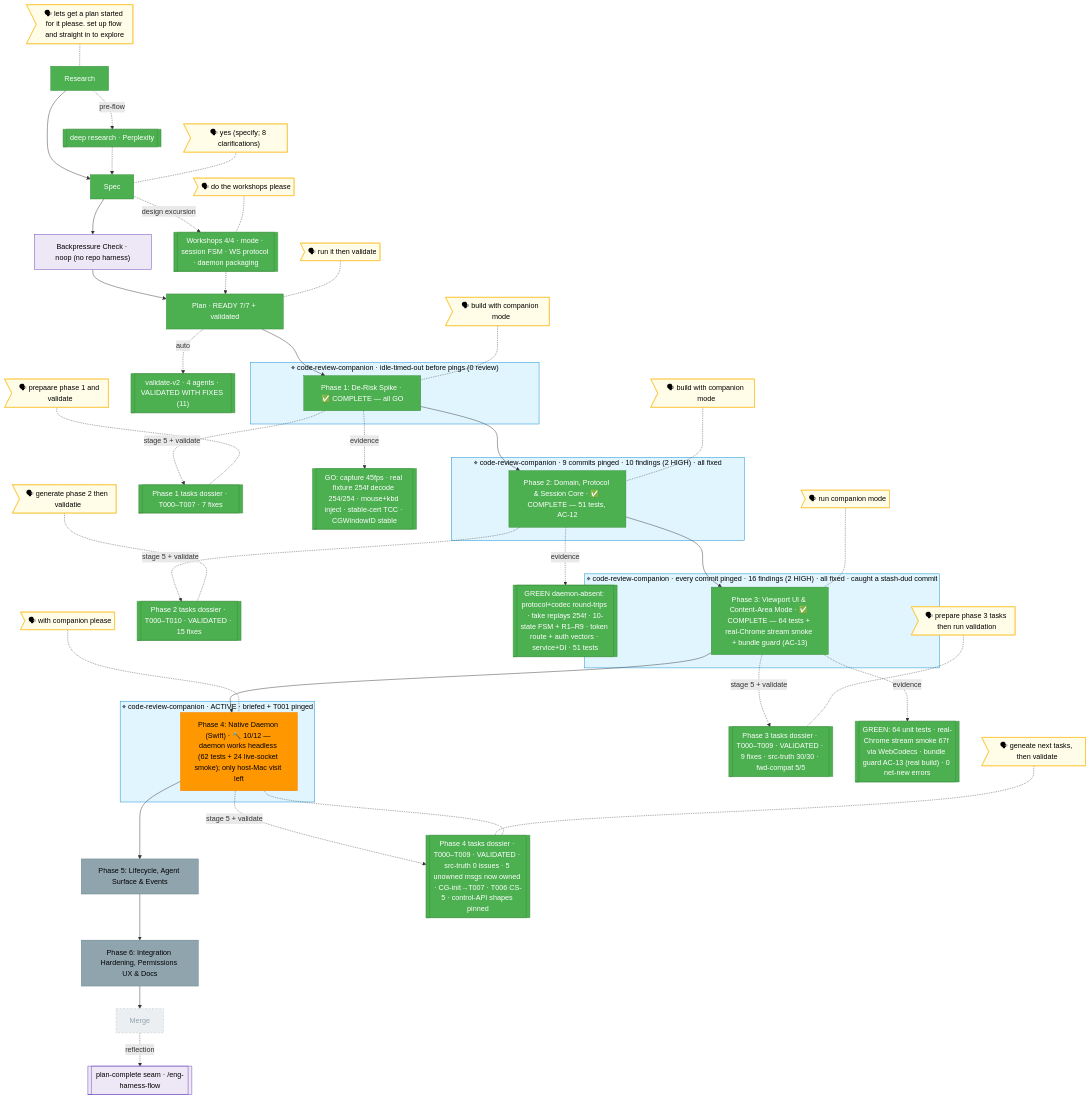
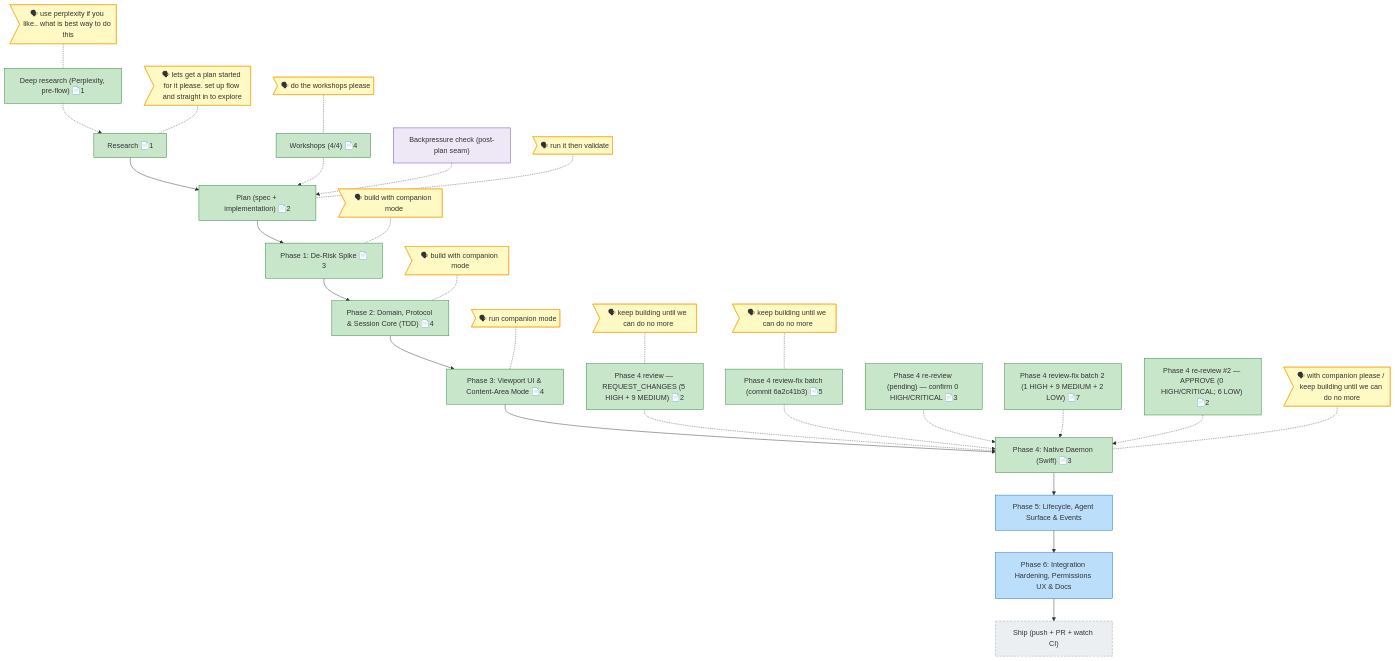
One commit to AI-Substrate/chainglass changed the diagram in docs/plans/088-remote-app-view/the-flow.md. Above: the diagram before and after it, drawn with Mermaid. The commit also changed other lines of this file and 9 other files, not shown here.

First line of the commit message:
docs(remote-view): Phase 4 re-review #2 APPROVE — fix-loop closed, flight plan → Phase 5 (Plan 088)

````diff
--- a/docs/plans/088-remote-app-view/the-flow.md
+++ b/docs/plans/088-remote-app-view/the-flow.md
@@ -7,75 +8,72 @@
 ```mermaid
 flowchart TD
-    classDef done    fill:#4CAF50,stroke:#388E3C,color:#fff
-    classDef wip     fill:#FF9800,stroke:#F57C00,color:#000
-    classDef blocked fill:#F44336,stroke:#D32F2F,color:#fff
-    classDef known   fill:#90A4AE,stroke:#607D8B,color:#000
-    classDef assumed fill:#ECEFF1,stroke:#B0BEC5,color:#90A4AE,stroke-dasharray:4 4
-    classDef said    fill:#FFFDE7,stroke:#FBC02D,color:#000
-    classDef harness fill:#EDE7F6,stroke:#673AB7,color:#000
-    classDef companion fill:#E1F5FE,stroke:#0288D1,color:#000
+    ship["Ship (push + PR + watch CI)"]:::assumed
+    ph6["Phase 6: Integration Hardening, Permissions UX & Docs"]:::known
+    ph5["Phase 5: Lifecycle, Agent Surface & Events"]:::known
+    ph4["Phase 4: Native Daemon (Swift) 📄3"]:::done
+    ph3["Phase 3: Viewport UI & Content-Area Mode 📄4"]:::done
+    ph2["Phase 2: Domain, Protocol & Session Core (TDD) 📄4"]:::done
+    ph1["Phase 1: De-Risk Spike 📄3"]:::done
+    plan["Plan (spec + implementation) 📄2"]:::done
+    research["Research 📄1"]:::done
 
-    %% ── spine ──
-    R[Research]:::done --> S[Spec]:::done --> BP["Backpressure Check · noop (no repo harness)"]:::harness --> PL["Plan · READY 7/7 + validated"]:::done
-    PL --> P1["Phase 1: De-Risk Spike · ✅ COMPLETE — all GO"]:::done --> P2["Phase 2: Domain, Protocol & Session Core · ✅ COMPLETE — 51 tests, AC-12"]:::done --> P3["Phase 3: Viewport UI & Content-Area Mode · ✅ COMPLETE — 64 tests + real-Chrome stream smoke + bundle guard (AC-13)"]:::done --> P4["Phase 4: Native Daemon (Swift) · 🔨 10/12 — daemon works headless (62 tests + 24 live-socket smoke); only host-Mac visit left"]:::wip --> P5["Phase 5: Lifecycle, Agent Surface & Events"]:::known --> P6["Phase 6: Integration Hardening, Permissions UX & Docs"]:::known --> M[Merge]:::assumed
+    ph6 --> ship
+    ph5 --> ph6
+    ph4 --> ph5
+    ph3 --> ph4
+    ph2 --> ph3
+    ph1 --> ph2
+    plan --> ph1
+    research --> plan
 
-    %% ── companions (each wrapped the phase it was meant to review) ──
-    subgraph CW["⌖ code-review-companion · idle-timed-out before pings (0 review)"]
-        P1
-    end
-    class CW companion
-    subgraph CW2["⌖ code-review-companion · 9 commits pinged · 10 findings (2 HIGH) · all fixed"]
-        P2
-    end
-    class CW2 companion
+    dr["Deep research (Perplexity, pre-flow) 📄1"]:::done
+    ws["Workshops (4/4) 📄4"]:::done
+    bp["Backpressure check (post-plan seam)"]:::harness
+    rv4["Phase 4 review — REQUEST_CHANGES (5 HIGH + 9 MEDIUM) 📄2"]:::done
+    fx4["Phase 4 review-fix batch (commit 6a2c41b3) 📄5"]:::done
+    rv4b["Phase 4 re-review (pending) — confirm 0 HIGH/CRITICAL 📄3"]:::done
+    fx4b["Phase 4 review-fix batch 2 (1 HIGH + 9 MEDIUM + 2 LOW) 📄7"]:::done
+    rv4c["Phase 4 re-review #35;2 — APPROVE (0 HIGH/CRITICAL; 6 LOW) 📄2"]:::done
+    dr -.-> research
+    ws -.-> plan
+    bp -.-> plan
+    rv4 -.-> ph4
+    fx4 -.-> ph4
+    rv4b -.-> ph4
+    fx4b -.-> ph4
+    rv4c -.-> ph4
 
-    %% ── excursions ──
-    R -.->|pre-flow| DR[["deep research · Perplexity"]]:::done
-    DR -.-> S
-    S -.->|design excursion| WS[["Workshops 4/4 · mode · session FSM · WS protocol · daemon packaging"]]:::done
-    WS -.-> PL
-    PL -.->|auto| V[["validate-v2 · 4 agents · VALIDATED WITH FIXES (11)"]]:::done
-    P1 -.->|stage 5 + validate| T1[["Phase 1 tasks dossier · T000–T007 · 7 fixes"]]:::done
-    P1 -.->|evidence| EV[["GO: capture 45fps · real fixture 254f decode 254/254 · mouse+kbd inject · stable-cert TCC · CGWindowID stable"]]:::done
-    P2 -.->|stage 5 + validate| T2[["Phase 2 tasks dossier · T000–T010 · VALIDATED · 15 fixes"]]:::done
-    P2 -.->|evidence| EV2[["GREEN daemon-absent: protocol+codec round-trips · fake replays 254f · 10-state FSM + R1–R9 · token route + auth vectors · service+DI · 51 tests"]]:::done
-    P3 -.->|stage 5 + validate| T3[["Phase 3 tasks dossier · T000–T009 · VALIDATED · 9 fixes · src-truth 30/30 · fwd-compat 5/5"]]:::done
-    P3 -.->|evidence| EV3[["GREEN: 64 unit tests · real-Chrome stream smoke 67f via WebCodecs · bundle guard AC-13 (real build) · 0 net-new errors"]]:::done
-    subgraph CW3["⌖ code-review-companion · every commit pinged · 16 findings (2 HIGH) · all fixed · caught a stash-dud commit"]
-        P3
-    end
-    class CW3 companion
-    UB3>"🗣 run companion mode"]:::said
-    UB3 -.- P3
-    subgraph CW4["⌖ code-review-companion · ACTIVE · briefed + T001 pinged"]
-        P4
-    end
-    class CW4 companion
-    UB4>"🗣 with companion please"]:::said
-    UB4 -.- P4
-    P4 -.->|stage 5 + validate| T4[["Phase 4 tasks dossier · T000–T009 · VALIDATED · src-truth 0 issues · 5 unowned msgs now owned · CG-init→T007 · T006 CS-5 · control-API shapes pinned"]]:::done
-    T4 -.- P4
-    M -.->|reflection| HH[["plan-complete seam · /eng-harness-flow"]]:::harness
+    say_ph4>"🗣 with companion please / keep building until we can do no more"]:::said
+    say_ph4 -.- ph4
+    say_ph3>"🗣 run companion mode"]:::said
+    say_ph3 -.- ph3
+    say_ph2>"🗣 build with companion mode"]:::said
+    say_ph2 -.- ph2
+    say_ph1>"🗣 build with companion mode"]:::said
+    say_ph1 -.- ph1
+    say_plan>"🗣 run it then validate"]:::said
+    say_plan -.- plan
+    say_research>"🗣 lets get a plan started for it please. set up flow and straight in to explore"]:::said
+    say_research -.- research
+    say_dr>"🗣 use perplexity if you like.. what is best way to do this"]:::said
+    say_dr -.- dr
+    say_ws>"🗣 do the workshops please"]:::said
+    say_ws -.- ws
+    say_rv4>"🗣 keep building until we can do no more"]:::said
+    say_rv4 -.- rv4
+    say_fx4>"🗣 keep building until we can do no more"]:::said
+    say_fx4 -.- fx4
 
-    %% ── verbatim user-said bubbles ──
-    UR>"🗣 lets get a plan started for it please. set up flow and straight in to explore"]:::said
-    UR -.- R
-    US>"🗣 yes (specify; 8 clarifications)"]:::said
-    US -.- S
-    UW>"🗣 do the workshops please"]:::said
-    UW -.- WS
-    UP>"🗣 run it then validate"]:::said
-    UP -.- PL
-    UT>"🗣 prepaare phase 1 and validate"]:::said
-    UT -.- T1
-    UB>"🗣 build with companion mode"]:::said
-    UB -.- P1
-    UG>"🗣 generate phase 2 then validatie"]:::said
-    UG -.- T2
-    UB2>"🗣 build with companion mode"]:::said
-    UB2 -.- P2
-    UT3>"🗣 prepare phase 3 tasks then run validation"]:::said
-    UT3 -.- T3
-    UT4>"🗣 geneate next tasks, then validate"]:::said
-    UT4 -.- T4
+    classDef done fill:#C8E6C9,stroke:#2E7D32;
+    classDef wip fill:#FFE0B2,stroke:#EF6C00;
+    classDef blocked fill:#FFCDD2,stroke:#C62828;
+    classDef known fill:#BBDEFB,stroke:#1565C0;
+    classDef assumed fill:#ECEFF1,stroke:#90A4AE,stroke-dasharray:5 3;
+    classDef said fill:#FFF9C4,stroke:#F9A825;
+    classDef harness fill:#EDE7F6,stroke:#673AB7;
+    classDef decision fill:#FFF3E0,stroke:#FB8C00,stroke-dasharray:2 2;
+    classDef companion fill:#D1C4E9,stroke:#5E35B1;
+    classDef worker fill:#B2DFDB,stroke:#00897B;
+    classDef chore fill:#E0F2F1,stroke:#00897B,stroke-dasharray:3 2;
+    classDef unknown fill:#FAFAFA,stroke:#BDBDBD,stroke-dasharray:1 4;
 ```
````
